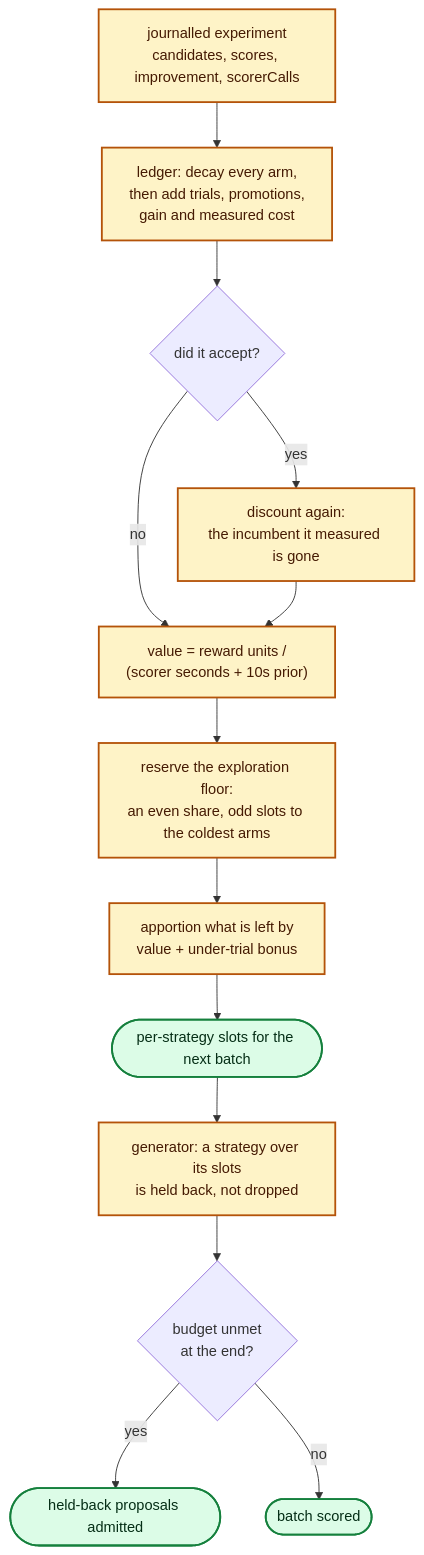
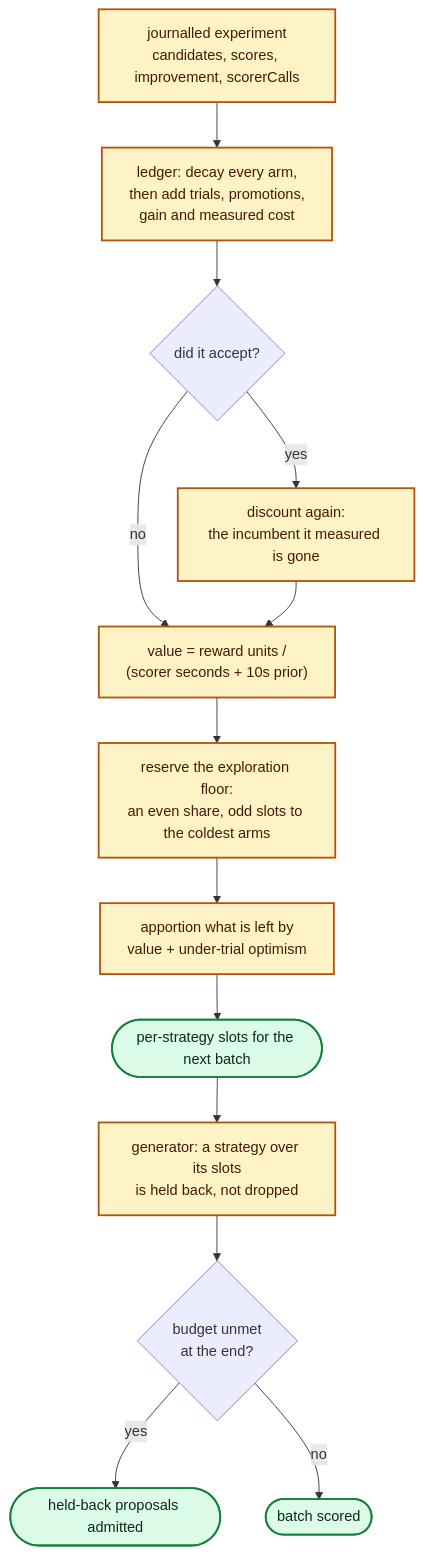
The diagram in docs/strategy-allocation.md (stSoftwareAU/NEAT-AI-Lamarck), drawn with Mermaid before and after one commit. The commit also changed other lines of this file and 8 other files, not shown here.

````diff
--- a/docs/strategy-allocation.md
+++ b/docs/strategy-allocation.md
@@ -58,21 +58,21 @@
 ```mermaid
 flowchart TD
     J["journalled experiment<br/>candidates, scores, improvement, scorerCalls"] --> L["ledger: decay every arm,<br/>then add trials, promotions,<br/>gain and measured cost"]
     L --> ACC{"did it accept?"}
     ACC -- yes --> RET["discount again:<br/>the incumbent it measured is gone"]
     ACC -- no --> V
     RET --> V["value = reward units /<br/>(scorer seconds + 10s prior)"]
     V --> FLOOR["reserve the exploration floor:<br/>an even share, odd slots to the coldest arms"]
-    FLOOR --> UCB["apportion what is left by<br/>value + under-trial bonus"]
+    FLOOR --> UCB["apportion what is left by<br/>value + under-trial optimism"]
     UCB --> SLOTS(["per-strategy slots for the next batch"])
     SLOTS --> GEN["generator: a strategy over its slots<br/>is held back, not dropped"]
     GEN --> SHORT{"budget unmet<br/>at the end?"}
     SHORT -- yes --> ADMIT(["held-back proposals admitted"])
     SHORT -- no --> DONE(["batch scored"])
 
     classDef stage fill:#fef3c7,stroke:#b45309,stroke-width:2px,color:#451a03
     classDef stop fill:#dcfce7,stroke:#15803d,stroke-width:2px,color:#052e16
 
     class J,L,RET,V,FLOOR,UCB,GEN stage
     class SLOTS,ADMIT,DONE stop
 ```
````
